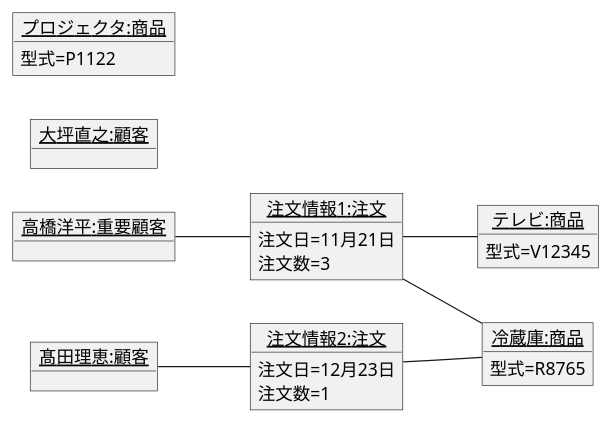
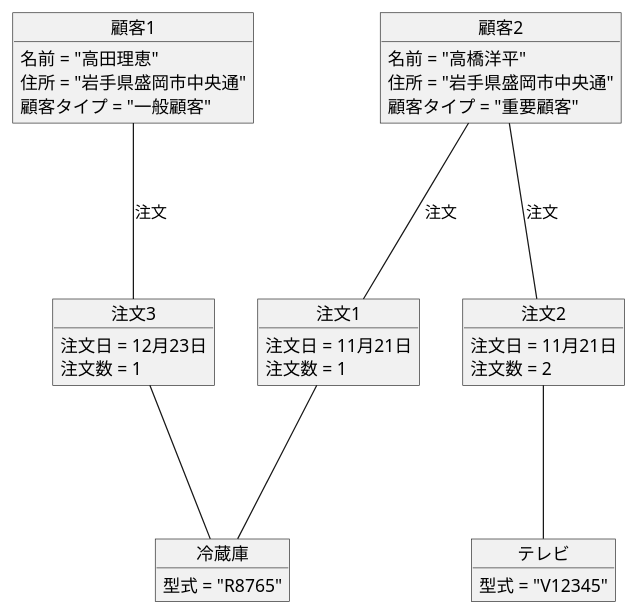
One commit to isikawayuto/uml-introduction changed the diagram in 演習3-7_OBJ_注文のオブジェクト図.pu. Above: the diagram before and after it, drawn with PlantUML.

Commit message:
演習3-7

```diff
--- a/演習3-7_OBJ_注文のオブジェクト図.pu
+++ b/演習3-7_OBJ_注文のオブジェクト図.pu
@@ -1,39 +1,36 @@
 @startuml 演習3-7
-left to right direction
-object "<u>高橋洋平:重要顧客</u>" as customer1 {
-
+object 顧客1{
+名前 = "高田理恵"
+住所 = "岩手県盛岡市中央通"
+顧客タイプ = "一般顧客"
 }
-object "<u>冷蔵庫:商品</u>" as product1 {
-    型式=R8765
+object 顧客2{
+名前 = "高橋洋平"
+住所 = "岩手県盛岡市中央通"
+顧客タイプ = "重要顧客"
 }
-object "<u>注文情報1:注文</u>" as order1 {
-    注文日=11月21日
-    注文数=3
+object 注文1{
+注文日 = 11月21日
+注文数 = 1
 }
-object "<u>テレビ:商品</u>" as product2 {
-    型式=V12345
+object 注文2{
+注文日 = 11月21日
+注文数 = 2
 }
-
-object "<u>髙田理恵:顧客</u>" as customer2 {
-    
+object 注文3{
+注文日 = 12月23日
+注文数 = 1
 }
-object "<u>注文情報2:注文</u>" as order2 {
-    注文日=12月23日
-    注文数=1
+object テレビ{
+型式 = "V12345"
 }
-object "<u>大坪直之:顧客</u>" as customer3 {
-    
+object 冷蔵庫{
+型式 = "R8765"
 }
-object "<u>プロジェクタ:商品</u>" as product3 {
-    型式=P1122
-}
-
-customer1 -- order1
-order1 -- product1
-order1 -- product2
-
-customer2 -- order2
-order2 -- product1
-
-
+顧客2 --- 注文1 :注文
+顧客2 --- 注文2 :注文
+顧客1 --- 注文3 :注文
+注文1 --- 冷蔵庫
+注文2 --- テレビ
+注文3 --- 冷蔵庫
 @enduml
```
